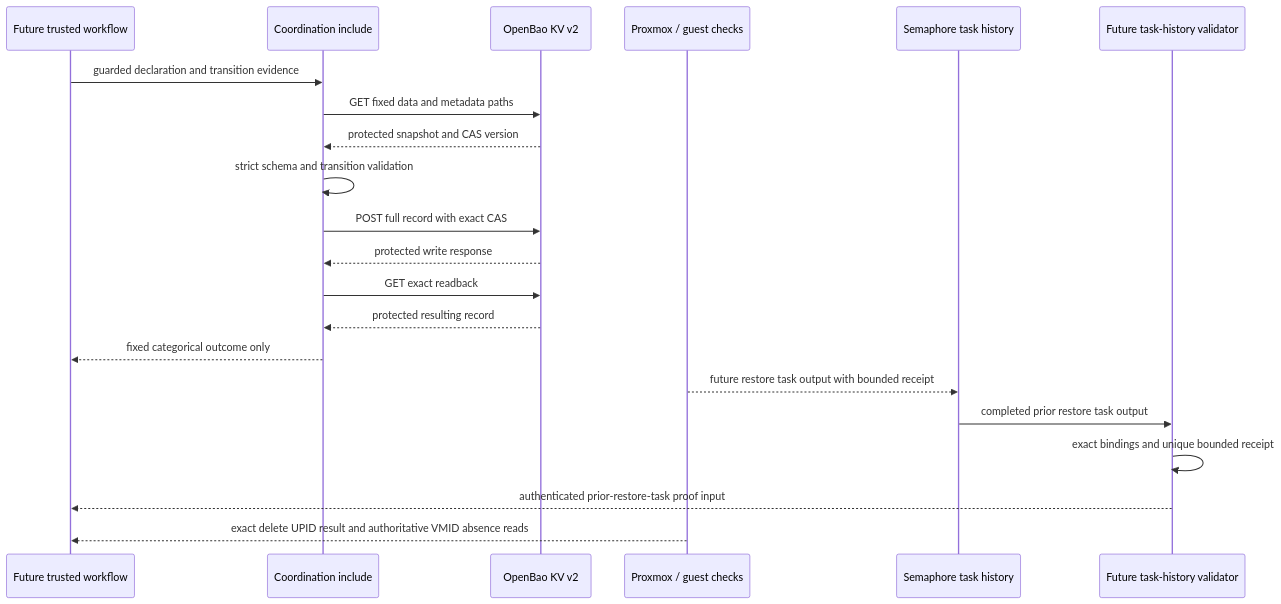
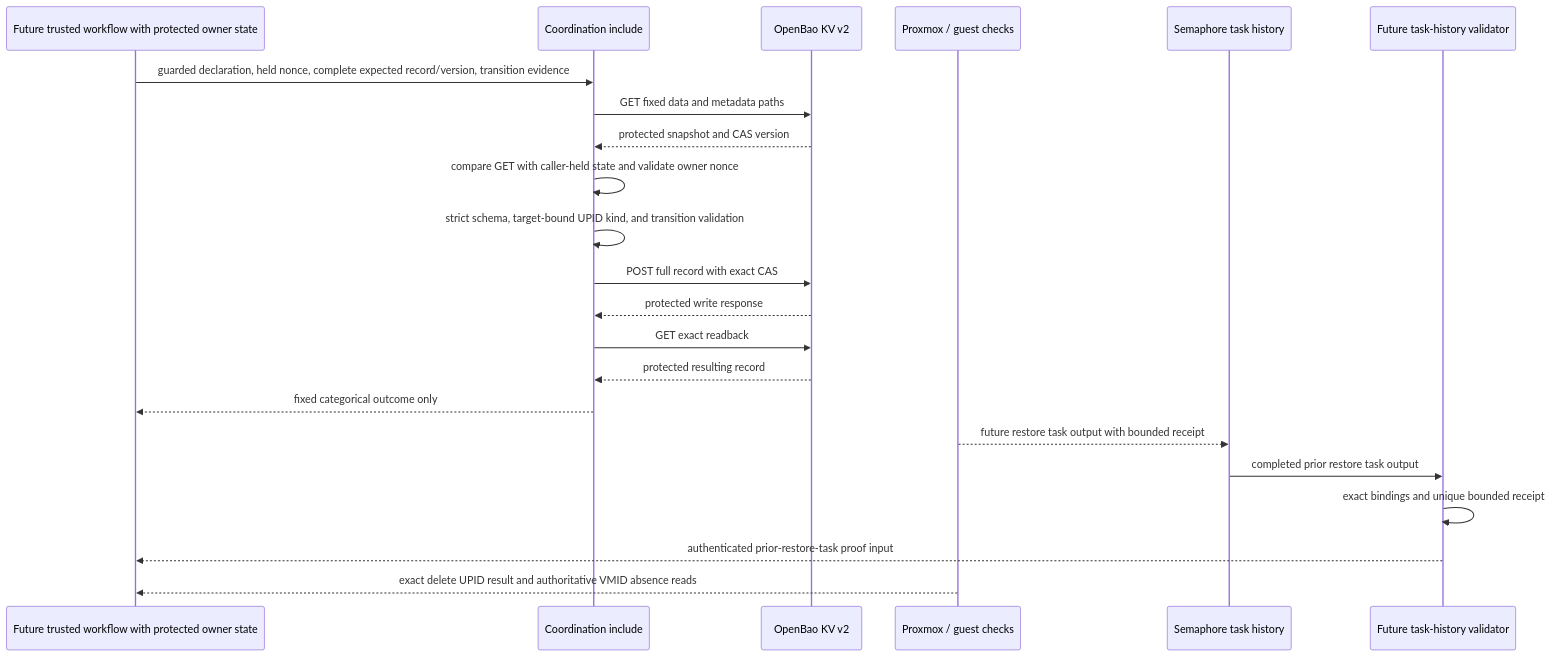
One commit to uhstray-io/agent-cloud changed the second of 2 diagrams in plan/development/O11Y-RESTORE-COORDINATION.md. Above: the diagram before and after it, drawn with Mermaid. The commit also changed other lines of this file and 3 other files, not shown here.

Commit message:
fix(o11y): bind restore lease transitions to held owner

````diff
--- a/plan/development/O11Y-RESTORE-COORDINATION.md
+++ b/plan/development/O11Y-RESTORE-COORDINATION.md
@@ -39,23 +40,24 @@
 ```mermaid
 sequenceDiagram
-    participant Caller as Future trusted workflow
+    participant Caller as Future trusted workflow with protected owner state
     participant Task as Coordination include
     participant Bao as OpenBao KV v2
     participant PVE as Proxmox / guest checks
     participant Sem as Semaphore task history
     participant Validator as Future task-history validator
-    Caller->>Task: guarded declaration and transition evidence
+    Caller->>Task: guarded declaration, held nonce, complete expected record/version, transition evidence
     Task->>Bao: GET fixed data and metadata paths
     Bao-->>Task: protected snapshot and CAS version
-    Task->>Task: strict schema and transition validation
+    Task->>Task: compare GET with caller-held state and validate owner nonce
+    Task->>Task: strict schema, target-bound UPID kind, and transition validation
     Task->>Bao: POST full record with exact CAS
     Bao-->>Task: protected write response
     Task->>Bao: GET exact readback
     Bao-->>Task: protected resulting record
     Task-->>Caller: fixed categorical outcome only
     PVE-->>Sem: future restore task output with bounded receipt
     Sem->>Validator: completed prior restore task output
     Validator->>Validator: exact bindings and unique bounded receipt
     Validator-->>Caller: authenticated prior-restore-task proof input
     PVE-->>Caller: exact delete UPID result and authoritative VMID absence reads
 ```
````
